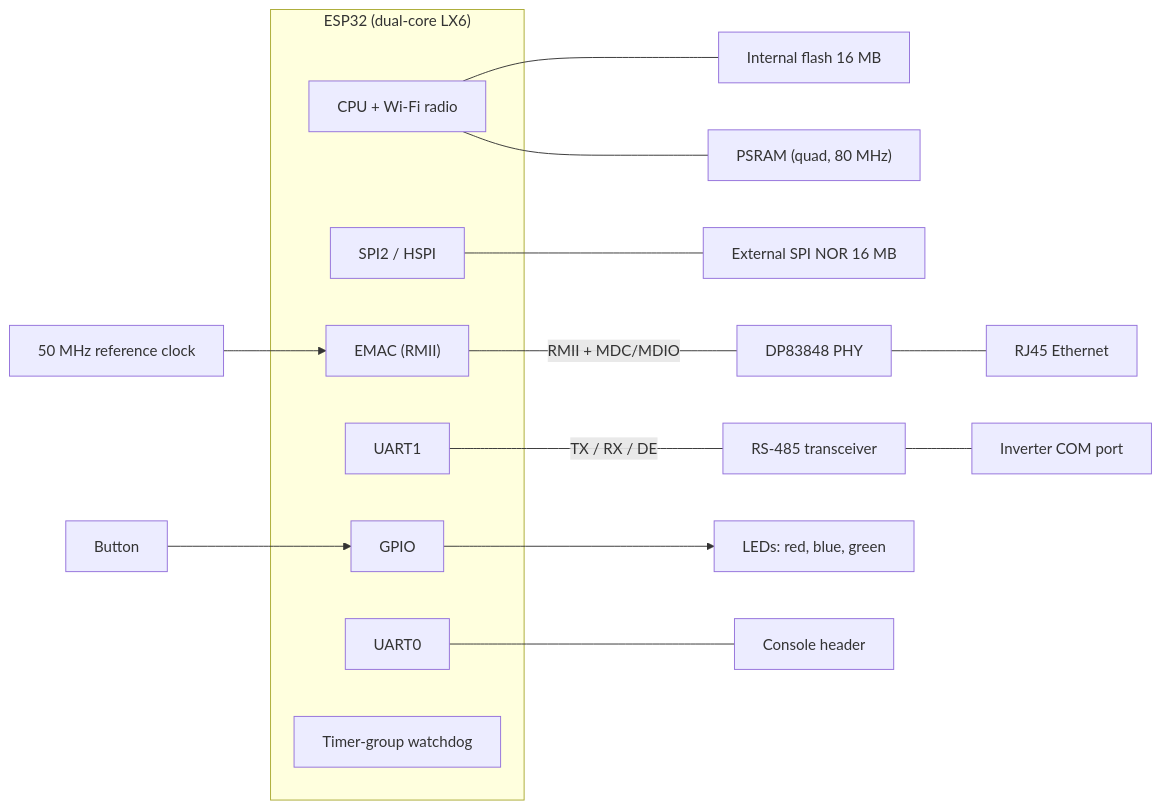
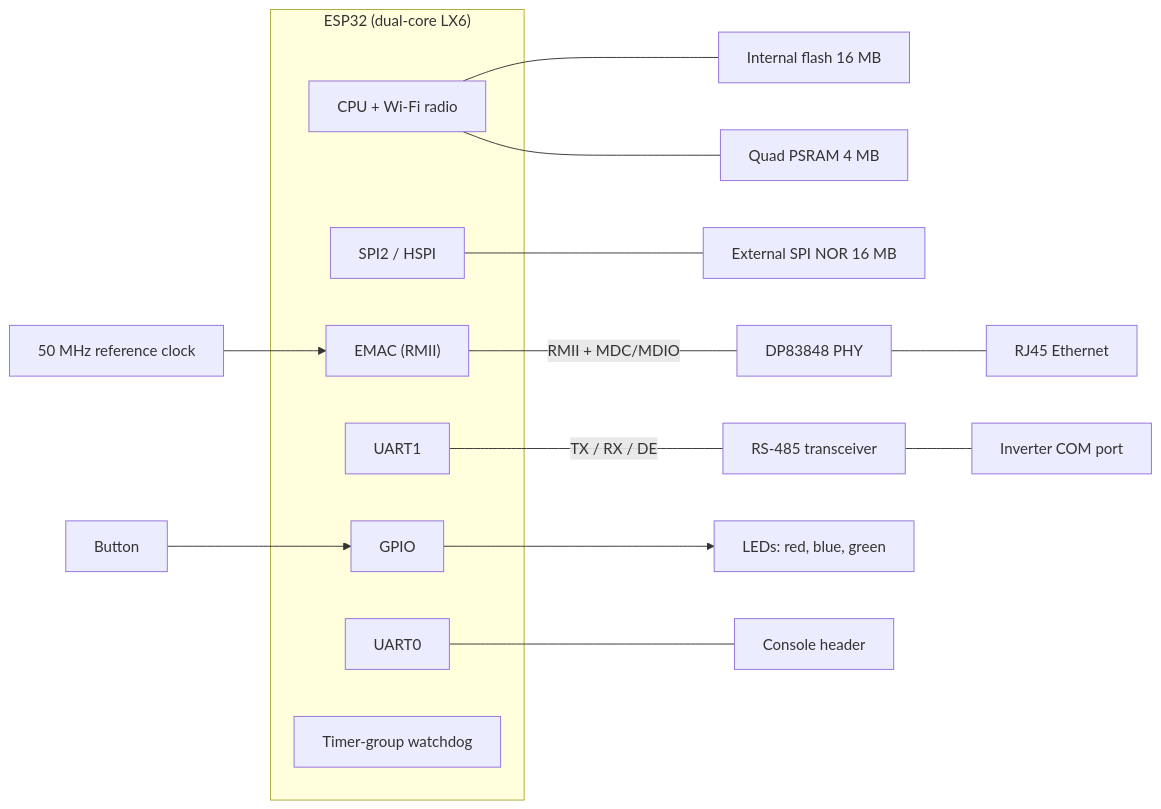
One commit to NickStallman/SG-Docs changed the diagram in reference/hardware/winet-s.md. Above: the diagram before and after it, drawn with Mermaid. The commit also changed other lines of this file and 7 other files, not shown here.

````diff
--- a/reference/hardware/winet-s.md
+++ b/reference/hardware/winet-s.md
@@ -31,34 +31,34 @@
 ```mermaid
 flowchart LR
     subgraph soc["ESP32 (dual-core LX6)"]
         cpu["CPU + Wi-Fi radio"]
         emac["EMAC (RMII)"]
         uart1["UART1"]
         spi2["SPI2 / HSPI"]
         uart0["UART0"]
         gpio["GPIO"]
         twdt["Timer-group watchdog"]
     end
     iflash["Internal flash 16 MB"]
-    psram["PSRAM (quad, 80 MHz)"]
+    psram["Quad PSRAM 4 MB"]
     nor["External SPI NOR 16 MB"]
     phy["DP83848 PHY"]
     osc["50 MHz reference clock"]
     rj45["RJ45 Ethernet"]
     xcvr["RS-485 transceiver"]
     inv["Inverter COM port"]
     leds["LEDs: red, blue, green"]
     btn["Button"]
     con["Console header"]
     cpu --- iflash
     cpu --- psram
     spi2 --- nor
     emac -- "RMII + MDC/MDIO" --- phy
     phy --- rj45
     osc --> emac
     uart1 -- "TX / RX / DE" --- xcvr
     xcvr --- inv
     gpio --> leds
     btn --> gpio
     uart0 --- con
 ```
````
